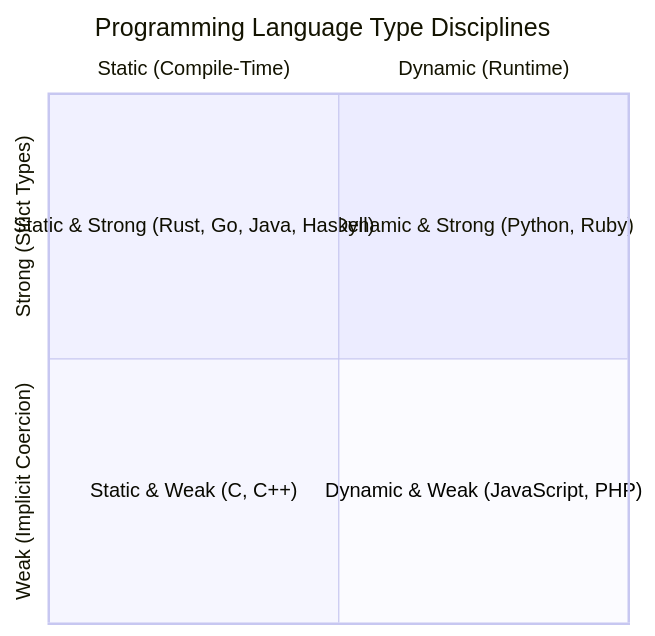
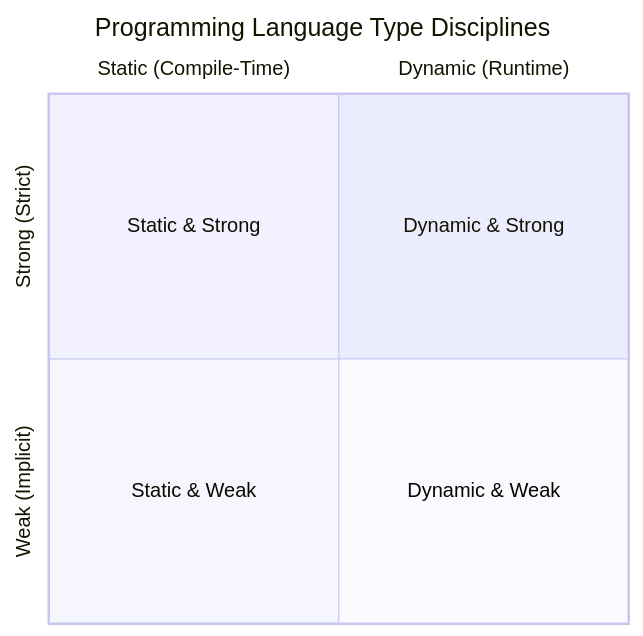
The second of 3 diagrams in content/docs/computer-basics/computer-science-101/05-variables-and-memory.mdx (1345AbhishekKumar/cs-cookbook), drawn with Mermaid before and after one commit. The commit also changed other lines of this file and 38 other files, not shown here.

````diff
--- a/content/docs/computer-basics/computer-science-101/05-variables-and-memory.mdx
+++ b/content/docs/computer-basics/computer-science-101/05-variables-and-memory.mdx
@@ -88,10 +98,10 @@
 ```mermaid
 quadrantChart
     title Programming Language Type Disciplines
     x-axis "Static (Compile-Time)" --> "Dynamic (Runtime)"
-    y-axis "Weak (Implicit Coercion)" --> "Strong (Strict Types)"
-    quadrant-1 "Dynamic & Strong (Python, Ruby)"
-    quadrant-2 "Static & Strong (Rust, Go, Java, Haskell)"
-    quadrant-3 "Static & Weak (C, C++)"
-    quadrant-4 "Dynamic & Weak (JavaScript, PHP)"
+    y-axis "Weak (Implicit)" --> "Strong (Strict)"
+    quadrant-1 "Dynamic & Strong"
+    quadrant-2 "Static & Strong"
+    quadrant-3 "Static & Weak"
+    quadrant-4 "Dynamic & Weak"
 ```
````
